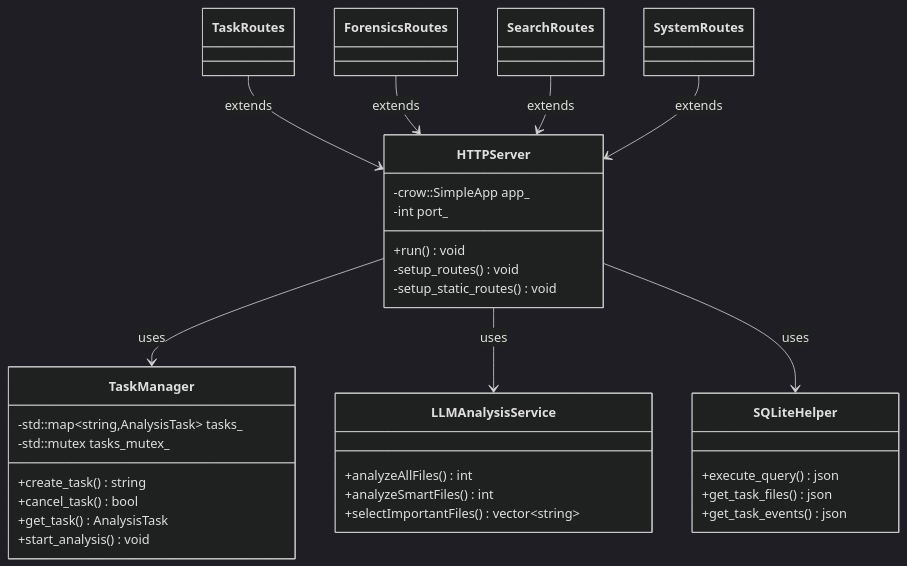
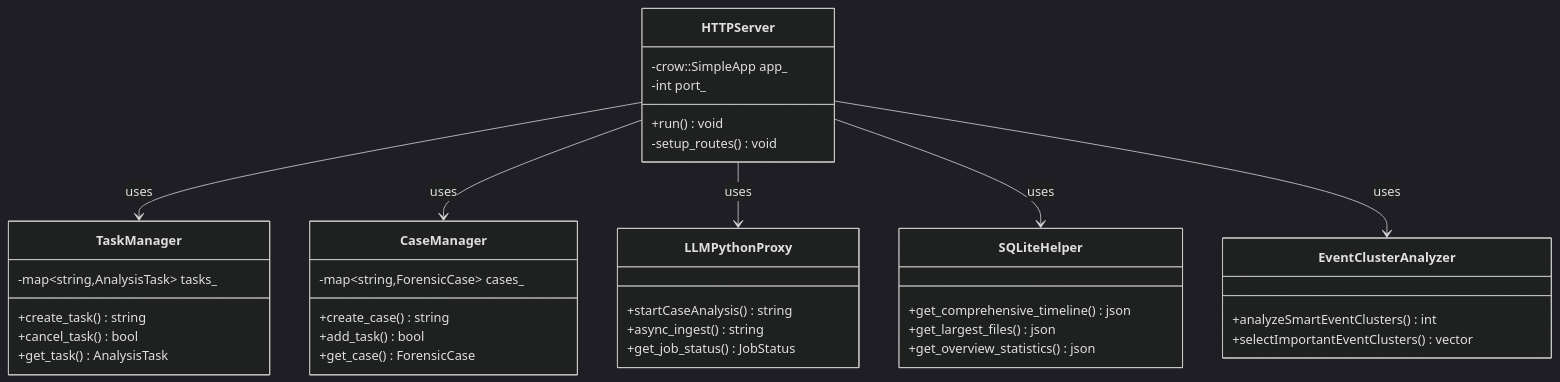
The third of 4 diagrams in docs/modules/cpp/network/HTTPServer.md (ymj68520/TraceLens), drawn with Mermaid (dark theme) before and after one commit. The commit also changed other lines of this file and 38 other files, not shown here.

````diff
--- a/docs/modules/cpp/network/HTTPServer.md
+++ b/docs/modules/cpp/network/HTTPServer.md
@@ -272,40 +286,46 @@
 ```mermaid
 classDiagram
     class HTTPServer {
         -crow::SimpleApp app_
         -int port_
         +run() void
         -setup_routes() void
-        -setup_static_routes() void
     }
 
     class TaskManager {
-        -std::map~string,AnalysisTask~ tasks_
-        -std::mutex tasks_mutex_
+        -map~string,AnalysisTask~ tasks_
         +create_task() string
         +cancel_task() bool
         +get_task() AnalysisTask
-        +start_analysis() void
     }
 
-    class LLMAnalysisService {
-        +analyzeAllFiles() int
-        +analyzeSmartFiles() int
-        +selectImportantFiles() vector~string~
+    class CaseManager {
+        -map~string,ForensicCase~ cases_
+        +create_case() string
+        +add_task() bool
+        +get_case() ForensicCase
+    }
+
+    class LLMPythonProxy {
+        +startCaseAnalysis() string
+        +async_ingest() string
+        +get_job_status() JobStatus
     }
 
     class SQLiteHelper {
-        +execute_query() json
-        +get_task_files() json
-        +get_task_events() json
+        +get_comprehensive_timeline() json
+        +get_largest_files() json
+        +get_overview_statistics() json
+    }
+
+    class EventClusterAnalyzer {
+        +analyzeSmartEventClusters() int
+        +selectImportantEventClusters() vector
     }
 
     HTTPServer --> TaskManager : uses
-    HTTPServer --> LLMAnalysisService : uses
+    HTTPServer --> CaseManager : uses
+    HTTPServer --> LLMPythonProxy : uses
     HTTPServer --> SQLiteHelper : uses
-
-    TaskRoutes --> HTTPServer : extends
-    ForensicsRoutes --> HTTPServer : extends
-    SearchRoutes --> HTTPServer : extends
-    SystemRoutes --> HTTPServer : extends
+    HTTPServer --> EventClusterAnalyzer : uses
 ```
````
